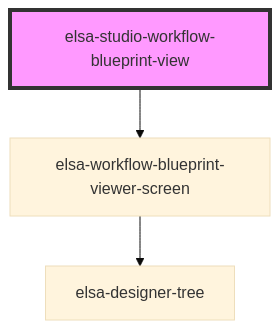
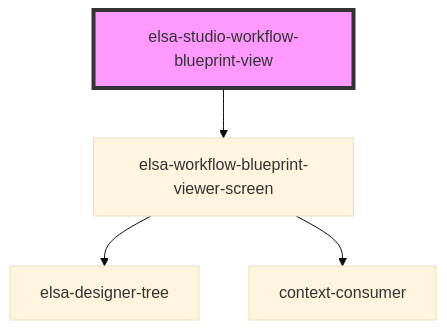
Before and after one commit to elsa-workflows/elsa-core: the diagram in src/designer/elsa-workflows-studio/src/components/dashboard/pages/elsa-studio-workflow-blueprint-view/readme.md, drawn with Mermaid (base theme). The commit also changed other lines of this file and 22 other files, not shown here.

````diff
--- a/src/designer/elsa-workflows-studio/src/components/dashboard/pages/elsa-studio-workflow-blueprint-view/readme.md
+++ b/src/designer/elsa-workflows-studio/src/components/dashboard/pages/elsa-studio-workflow-blueprint-view/readme.md
@@ -23,6 +22,7 @@
 ```mermaid
 graph TD;
   elsa-studio-workflow-blueprint-view --> elsa-workflow-blueprint-viewer-screen
   elsa-workflow-blueprint-viewer-screen --> elsa-designer-tree
+  elsa-workflow-blueprint-viewer-screen --> context-consumer
   style elsa-studio-workflow-blueprint-view fill:#f9f,stroke:#333,stroke-width:4px
 ```
````
